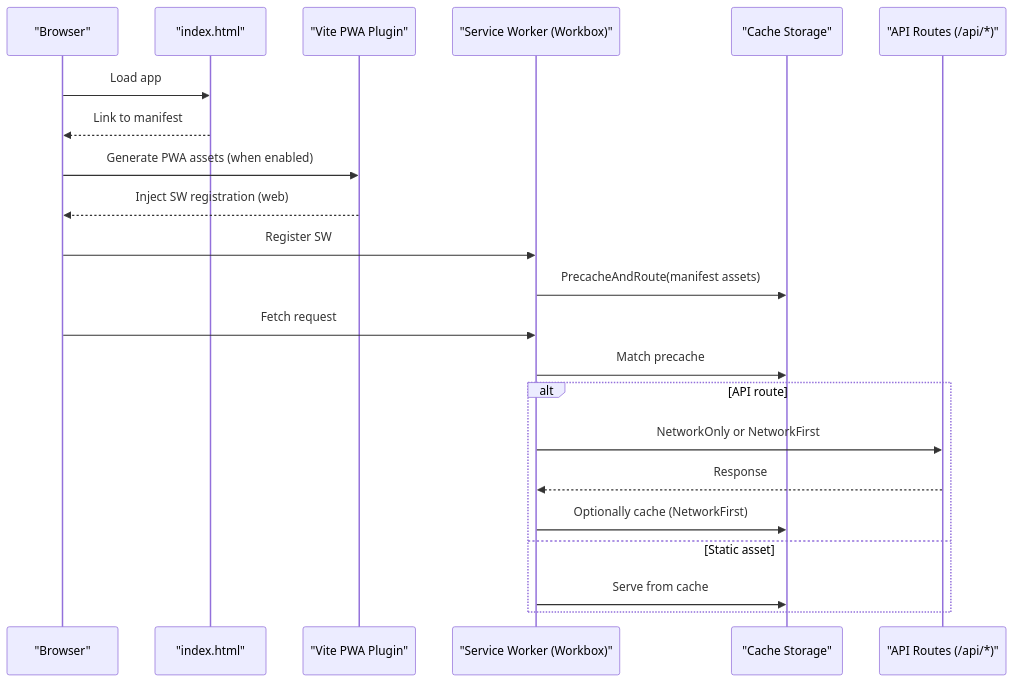
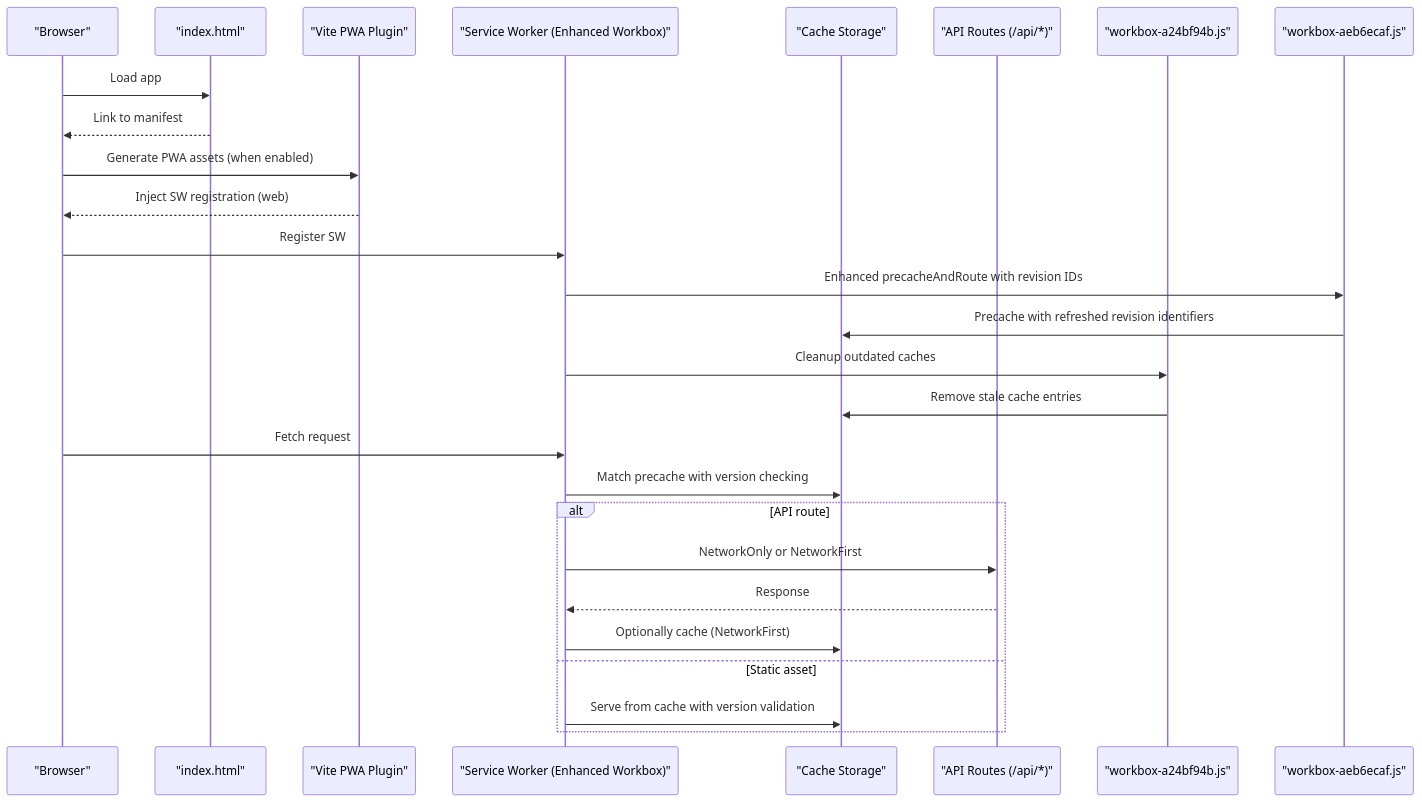
Before and after one commit to Glimora-X/work-helper: the second of 9 diagrams in .qoder/repowiki/en/content/Frontend Application Architecture/PWA and Offline Capabilities.md, drawn with Mermaid. The commit also changed other lines of this file and 5 other files, not shown here.

First line of the commit message:
docs(skill): enhance skill system architecture and documentation

````diff
--- a/.qoder/repowiki/en/content/Frontend Application Architecture/PWA and Offline Capabilities.md
+++ b/.qoder/repowiki/en/content/Frontend Application Architecture/PWA and Offline Capabilities.md
@@ -83,24 +98,29 @@
 ```mermaid
 sequenceDiagram
 participant Browser as "Browser"
 participant HTML as "index.html"
 participant PWA as "Vite PWA Plugin"
-participant SW as "Service Worker (Workbox)"
+participant SW as "Service Worker (Enhanced Workbox)"
 participant Cache as "Cache Storage"
 participant API as "API Routes (/api/*)"
+participant WB1 as "workbox-a24bf94b.js"
+participant WB2 as "workbox-aeb6ecaf.js"
 Browser->>HTML : Load app
 HTML-->>Browser : Link to manifest
 Browser->>PWA : Generate PWA assets (when enabled)
 PWA-->>Browser : Inject SW registration (web)
 Browser->>SW : Register SW
-SW->>Cache : PrecacheAndRoute(manifest assets)
+SW->>WB2 : Enhanced precacheAndRoute with revision IDs
+WB2->>Cache : Precache with refreshed revision identifiers
+SW->>WB1 : Cleanup outdated caches
+WB1->>Cache : Remove stale cache entries
 Browser->>SW : Fetch request
-SW->>Cache : Match precache
+SW->>Cache : Match precache with version checking
 alt API route
 SW->>API : NetworkOnly or NetworkFirst
 API-->>SW : Response
 SW->>Cache : Optionally cache (NetworkFirst)
 else Static asset
-SW->>Cache : Serve from cache
+SW->>Cache : Serve from cache with version validation
 end
 ```
````
